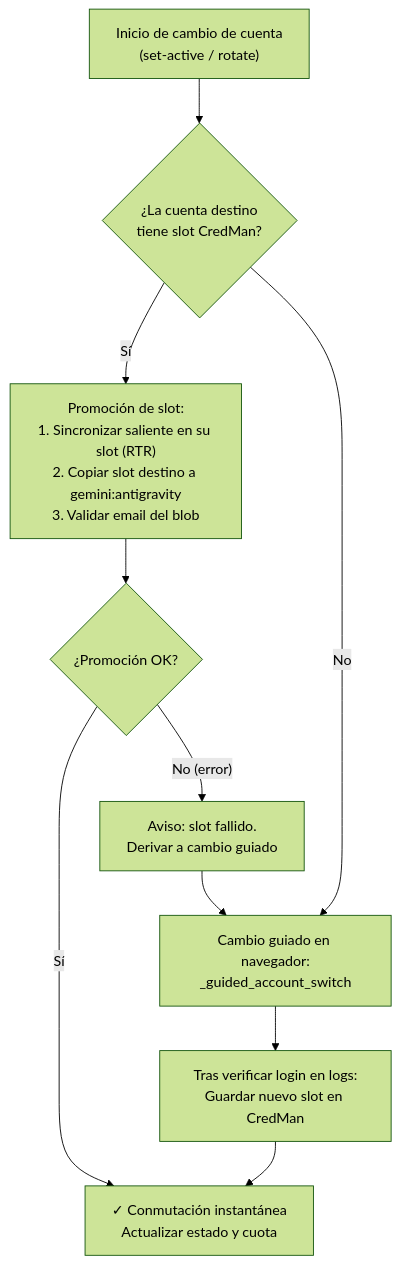
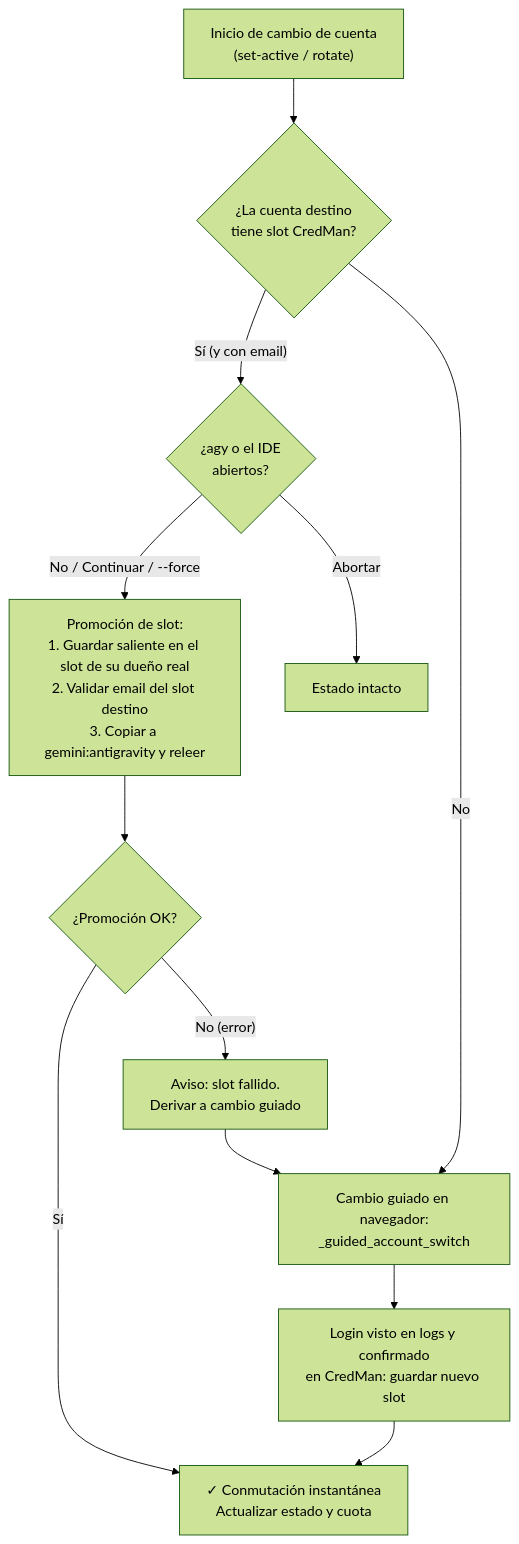
Before and after one commit to gabimarti/agyswitcher: the second of 4 diagrams in docs/architecture.md, drawn with Mermaid (forest theme). The commit also changed other lines of this file and 21 other files, not shown here.

````diff
--- a/docs/architecture.md
+++ b/docs/architecture.md
@@ -81,12 +81,14 @@
 ```mermaid
 flowchart TD
     START["Inicio de cambio de cuenta<br/>(set-active / rotate)"] --> CHECK{"¿La cuenta destino<br/>tiene slot CredMan?"}
-    CHECK -- "Sí" --> PROMOTE["Promoción de slot:<br/>1. Sincronizar saliente en su slot (RTR)<br/>2. Copiar slot destino a gemini:antigravity<br/>3. Validar email del blob"]
+    CHECK -- "Sí (y con email)" --> CLOSED{"¿agy o el IDE<br/>abiertos?"}
+    CLOSED -- "No / Continuar / --force" --> PROMOTE["Promoción de slot:<br/>1. Guardar saliente en el slot de su dueño real<br/>2. Validar email del slot destino<br/>3. Copiar a gemini:antigravity y releer"]
+    CLOSED -- "Abortar" --> ABORT["Estado intacto"]
     PROMOTE --> SUCCESS{"¿Promoción OK?"}
     SUCCESS -- "Sí" --> INSTANT["✓ Conmutación instantánea<br/>Actualizar estado y cuota"]
     SUCCESS -- "No (error)" --> WARN["Aviso: slot fallido.<br/>Derivar a cambio guiado"]
     CHECK -- "No" --> GUIDED["Cambio guiado en navegador:<br/>_guided_account_switch"]
     WARN --> GUIDED
-    GUIDED --> CAPTURE["Tras verificar login en logs:<br/>Guardar nuevo slot en CredMan"]
+    GUIDED --> CAPTURE["Login visto en logs y confirmado<br/>en CredMan: guardar nuevo slot"]
     CAPTURE --> INSTANT
 ```
````
